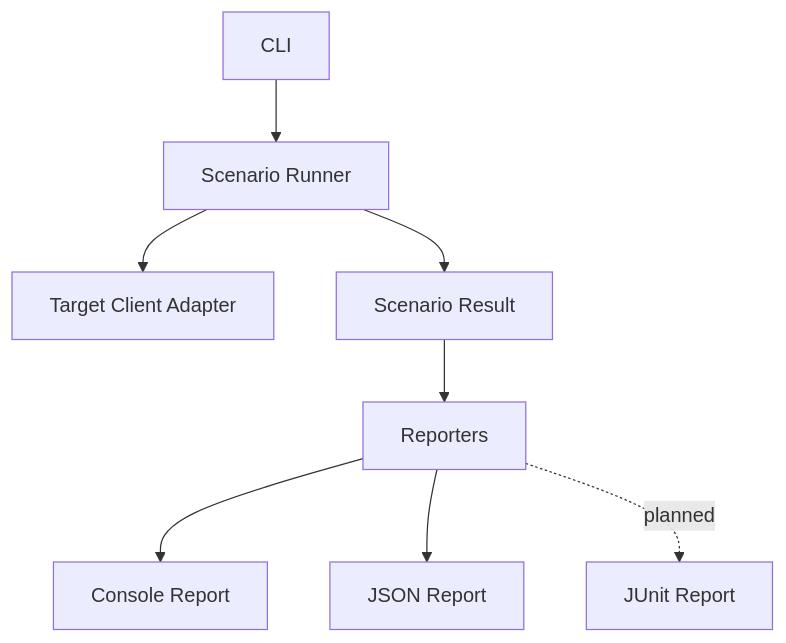
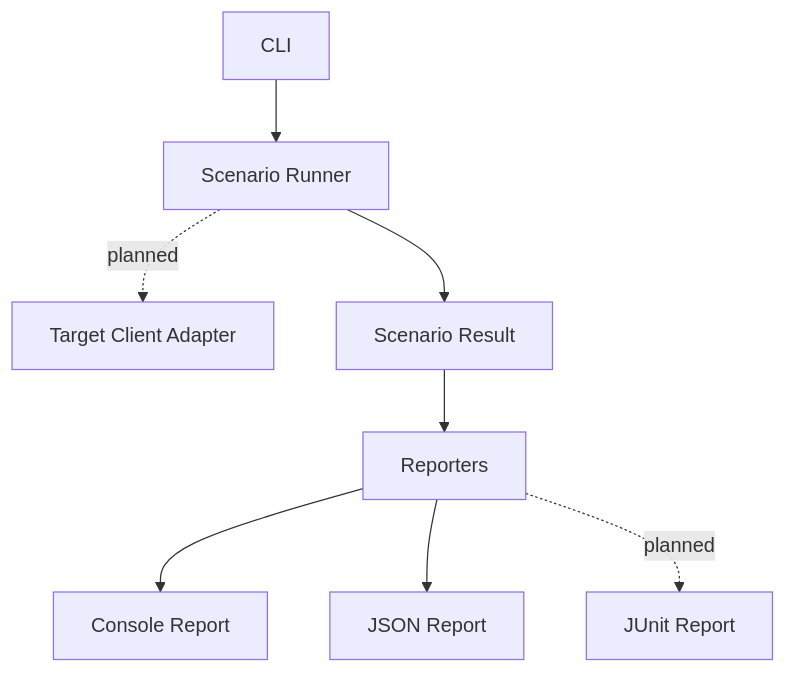
The third of 3 diagrams in README.md (anilloutombam/mcp-failure-lab), drawn with Mermaid before and after one commit. The commit also changed other lines of this file, not shown here.

Commit message:
docs: correct planned capability states

````diff
--- a/README.md
+++ b/README.md
@@ -102,10 +102,10 @@
 ```mermaid
 graph TD
     CLI[CLI] --> Runner[Scenario Runner]
-    Runner --> Adapter[Target Client Adapter]
+    Runner -. planned .-> Adapter[Target Client Adapter]
     Runner --> Recording[Scenario Result]
     Recording --> Reporters[Reporters]
     Reporters --> ConsoleReport[Console Report]
     Reporters --> JsonReport[JSON Report]
     Reporters -. planned .-> JunitReport[JUnit Report]
 ```
````
